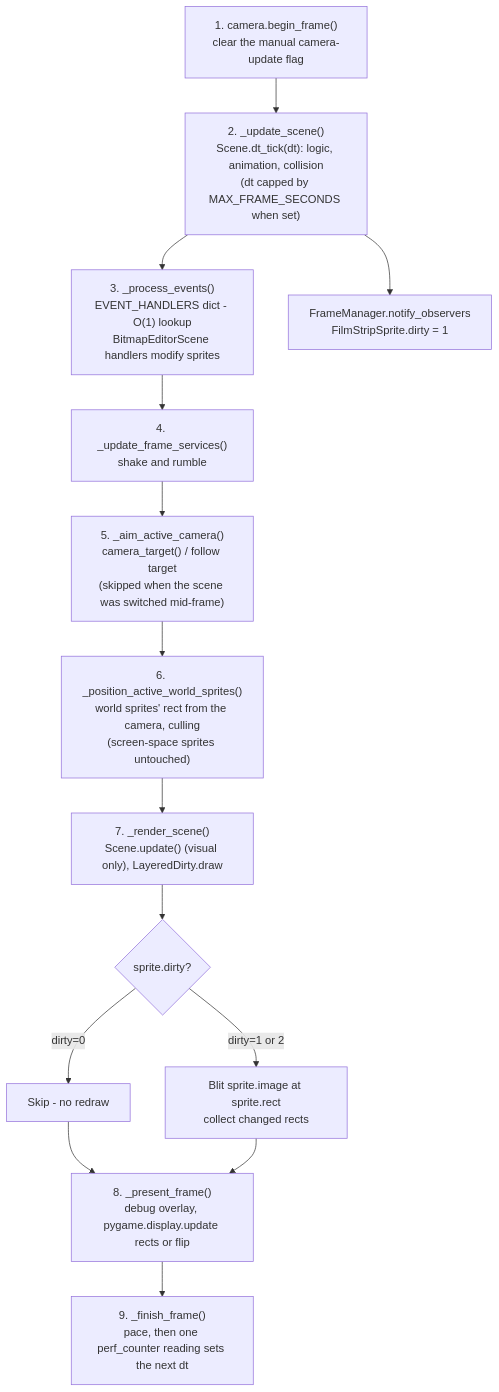
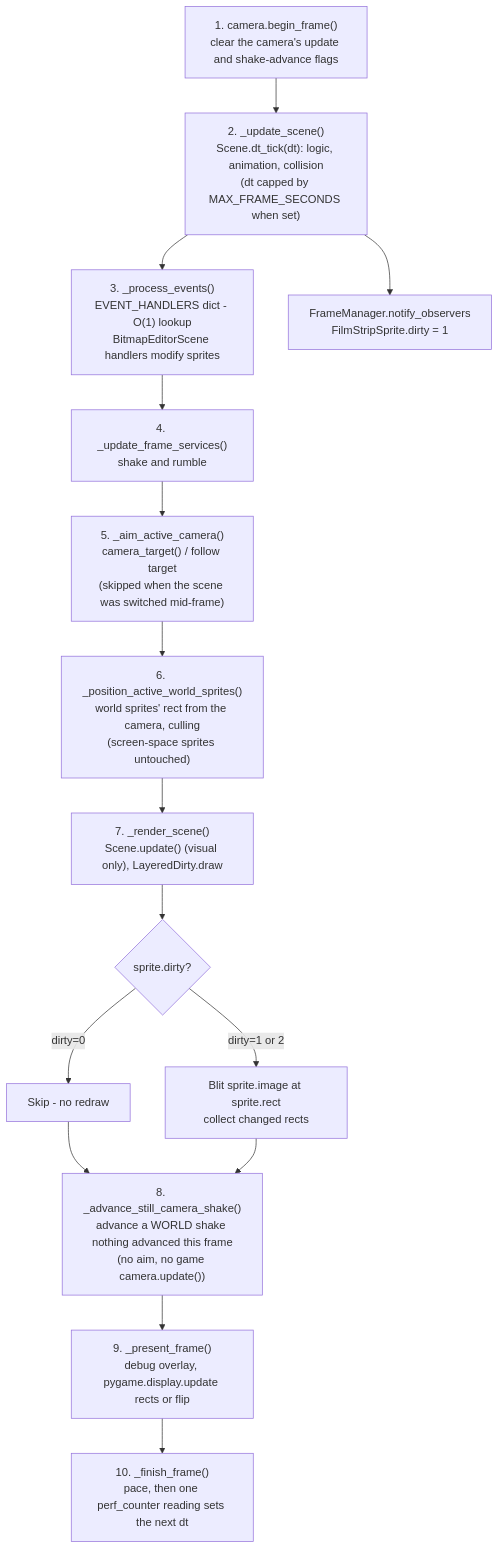
Before and after one commit to terrysimons/glitchygames: the fifth of 8 diagrams in BITMAPPY_ARCHITECTURE.md, drawn with Mermaid. The commit also changed other lines of this file and 7 other files, not shown here.

First line of the commit message:
Advance a WORLD shake once per frame even when nothing moves the camera

````diff
--- a/BITMAPPY_ARCHITECTURE.md
+++ b/BITMAPPY_ARCHITECTURE.md
@@ -239,17 +240,18 @@
 ```mermaid
 flowchart TD
-    BEGIN["1. camera.begin_frame()\nclear the manual camera-update flag"] --> LOGIC
+    BEGIN["1. camera.begin_frame()\nclear the camera's update and shake-advance flags"] --> LOGIC
     LOGIC["2. _update_scene()\nScene.dt_tick(dt): logic, animation, collision\n(dt capped by MAX_FRAME_SECONDS when set)"] --> EVENTS
     LOGIC --> FM["FrameManager.notify_observers\nFilmStripSprite.dirty = 1"]
     EVENTS["3. _process_events()\nEVENT_HANDLERS dict - O(1) lookup\nBitmapEditorScene handlers modify sprites"] --> SERVICES
     SERVICES["4. _update_frame_services()\nshake and rumble"] --> AIM
     AIM["5. _aim_active_camera()\ncamera_target() / follow target\n(skipped when the scene was switched mid-frame)"] --> POSITION
     POSITION["6. _position_active_world_sprites()\nworld sprites' rect from the camera, culling\n(screen-space sprites untouched)"] --> RENDER
     RENDER["7. _render_scene()\nScene.update() (visual only), LayeredDirty.draw"] --> CHECK{"sprite.dirty?"}
     CHECK -->|"dirty=0"| SKIP["Skip - no redraw"]
     CHECK -->|"dirty=1 or 2"| REDRAW["Blit sprite.image at sprite.rect\ncollect changed rects"]
-    SKIP --> PRESENT
-    REDRAW --> PRESENT
-    PRESENT["8. _present_frame()\ndebug overlay, pygame.display.update rects or flip"] --> FINISH
-    FINISH["9. _finish_frame()\npace, then one perf_counter reading sets the next dt"]
+    SKIP --> STILL
+    REDRAW --> STILL
+    STILL["8. _advance_still_camera_shake()\nadvance a WORLD shake nothing advanced this frame\n(no aim, no game camera.update())"] --> PRESENT
+    PRESENT["9. _present_frame()\ndebug overlay, pygame.display.update rects or flip"] --> FINISH
+    FINISH["10. _finish_frame()\npace, then one perf_counter reading sets the next dt"]
 ```
````
